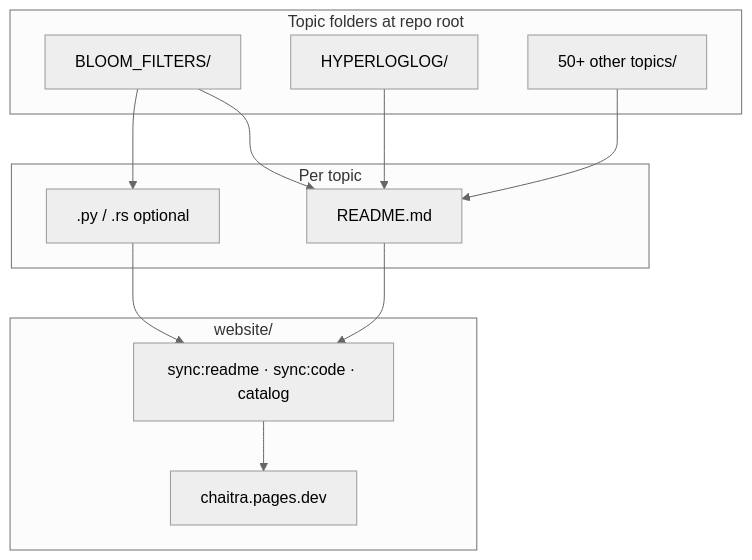
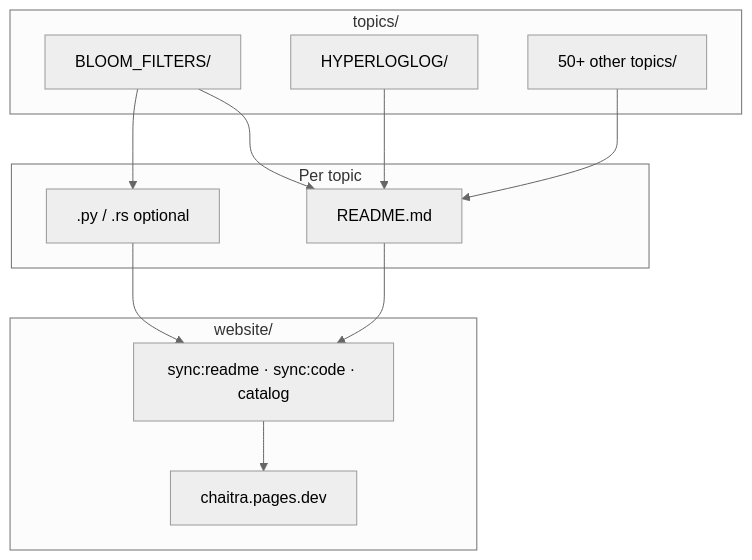
The diagram in README.md (07AMIT10/chaitra), drawn with Mermaid (neutral theme) before and after one commit. The commit also changed other lines of this file and 93 other files, not shown here.

````diff
--- a/README.md
+++ b/README.md
@@ -34,23 +34,23 @@
 ```mermaid
 flowchart TB
-  subgraph topics [Topic folders at repo root]
+  subgraph topicsDir [topics/]
     BF[BLOOM_FILTERS/]
     HLL[HYPERLOGLOG/]
     MORE[50+ other topics/]
   end
   subgraph each [Per topic]
     RM[README.md]
     CODE[.py / .rs optional]
   end
   subgraph site [website/]
     SYNC[sync:readme · sync:code · catalog]
     PAGES[chaitra.pages.dev]
   end
   BF --> RM
   BF --> CODE
   HLL --> RM
   MORE --> RM
   RM --> SYNC
   CODE --> SYNC
   SYNC --> PAGES
 ```
````
